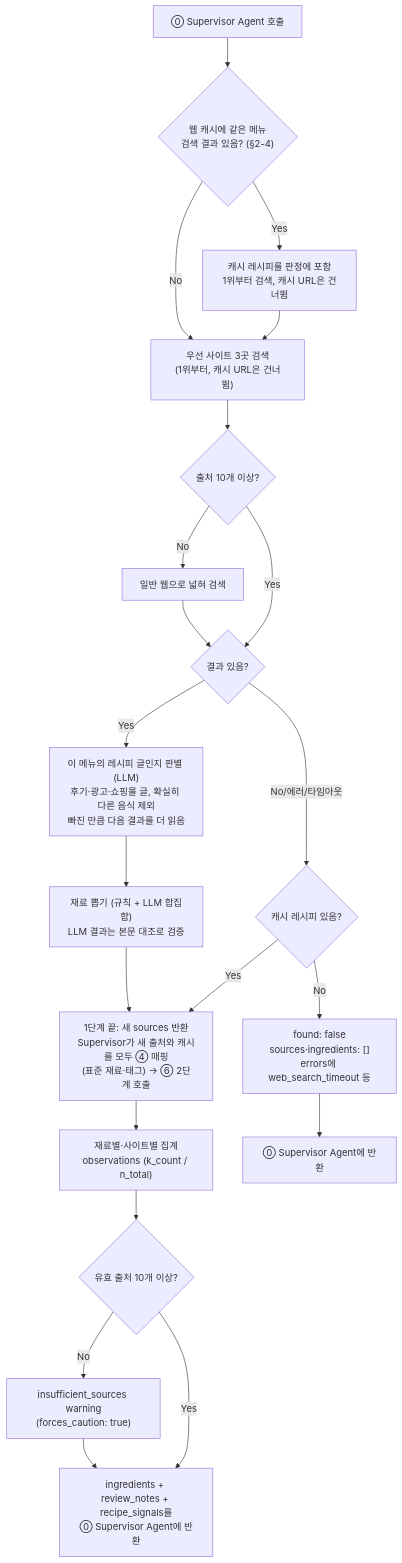
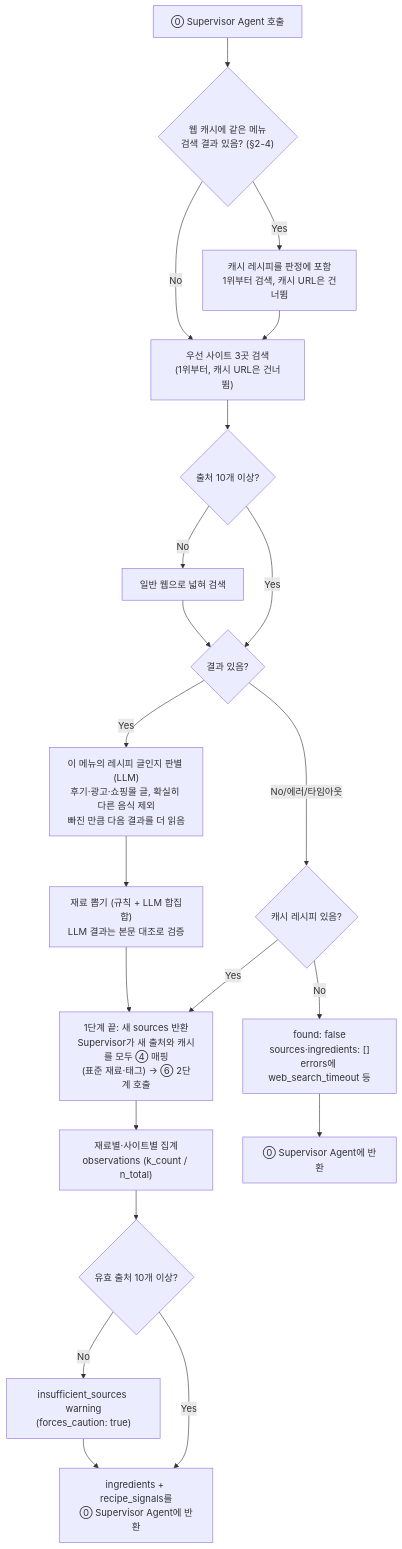
The second of 2 diagrams in docs/6-agent-websearch.md (Han-Spoon/ai), drawn with Mermaid before and after one commit. The commit also changed other lines of this file and 3 other files, not shown here.

Commit message:
refactor(websearch): drop review notes and lock

````diff
--- a/docs/6-agent-websearch.md
+++ b/docs/6-agent-websearch.md
@@ -321,23 +321,23 @@
 ```mermaid
 flowchart TD
     S[⓪ Supervisor Agent 호출] --> CA{"웹 캐시에 같은 메뉴<br/>검색 결과 있음? (§2-4)"}
     CA -->|Yes| CR["캐시 레시피를 판정에 포함<br/>1위부터 검색, 캐시 URL은 건너뜀"]
     CR --> Q
     CA -->|No| Q["우선 사이트 3곳 검색<br/>(1위부터, 캐시 URL은 건너뜀)"]
     Q --> QE{"출처 10개 이상?"}
     QE -->|No| QG["일반 웹으로 넓혀 검색"]
     QE -->|Yes| R{결과 있음?}
     QG --> R
     R -->|No/에러/타임아웃| FC{"캐시 레시피 있음?"}
     FC -->|Yes| MAP
     FC -->|No| F["found: false<br/>sources·ingredients: []<br/>errors에 web_search_timeout 등"]
     R -->|Yes| RJ["이 메뉴의 레시피 글인지 판별 (LLM)<br/>후기·광고·쇼핑몰 글, 확실히 다른 음식 제외<br/>빠진 만큼 다음 결과를 더 읽음"]
     RJ --> C["재료 뽑기 (규칙 + LLM 합집합)<br/>LLM 결과는 본문 대조로 검증"]
     C --> MAP["1단계 끝: 새 sources 반환<br/>Supervisor가 새 출처와 캐시를 모두 ④ 매핑<br/>(표준 재료·태그) → ⑥ 2단계 호출"]
     MAP --> AGG["재료별·사이트별 집계<br/>observations (k_count / n_total)"]
     AGG --> MIN{"유효 출처 10개 이상?"}
     MIN -->|No| W["insufficient_sources warning<br/>(forces_caution: true)"]
     MIN -->|Yes| OUT
-    W --> OUT["ingredients + review_notes + recipe_signals를<br/>⓪ Supervisor Agent에 반환"]
+    W --> OUT["ingredients + recipe_signals를<br/>⓪ Supervisor Agent에 반환"]
     F --> OUT2[⓪ Supervisor Agent에 반환]
 ```
````
